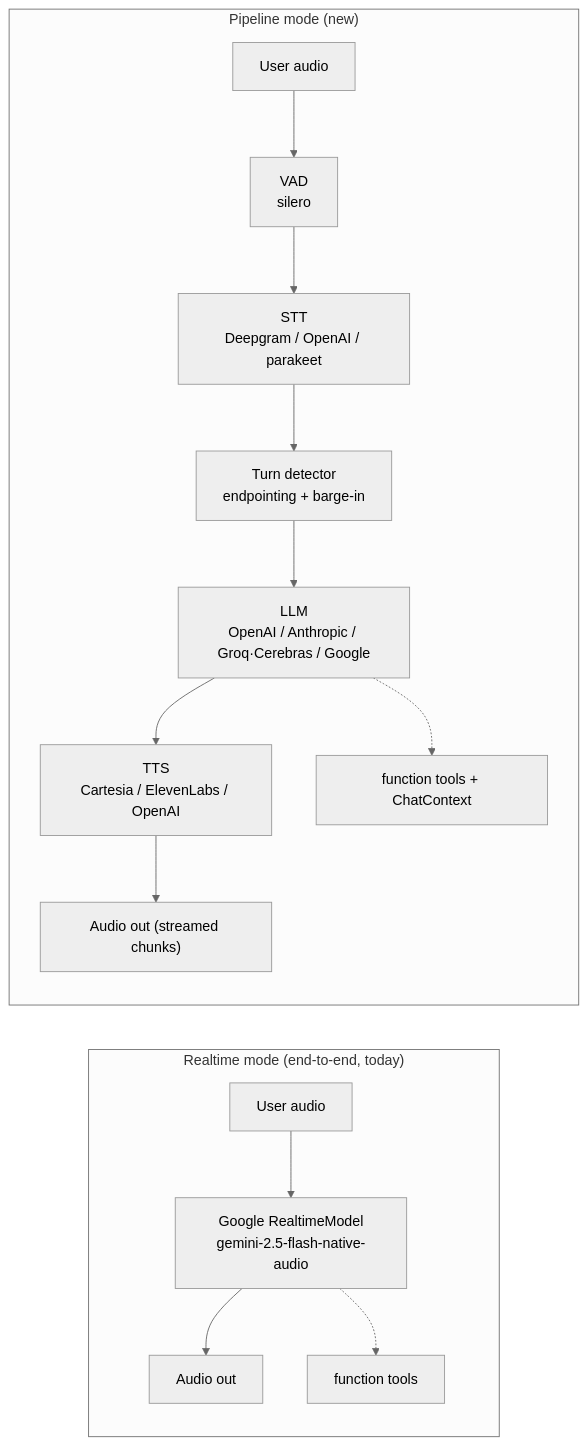
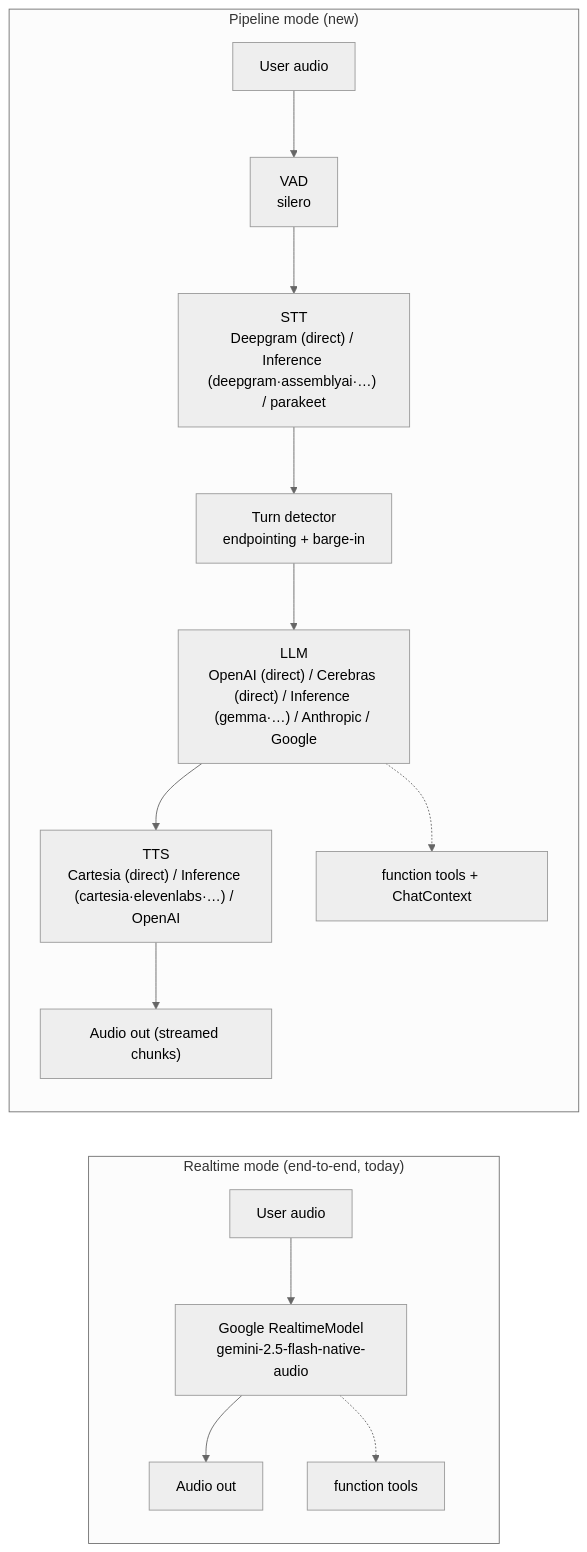
One commit to gauravdhiman/a1-voice-agent-platform changed the third of 9 diagrams in docs/01_architecture/voice_engine_pipeline_design.md. Above: the diagram before and after it, drawn with Mermaid (neutral theme). The commit also changed other lines of this file and 30 other files, not shown here.

````diff
--- a/docs/01_architecture/voice_engine_pipeline_design.md
+++ b/docs/01_architecture/voice_engine_pipeline_design.md
@@ -86,19 +105,19 @@
 ```mermaid
 flowchart LR
     subgraph RT["Realtime mode (end-to-end, today)"]
         direction TB
         RUser["User audio"] --> RModel["Google RealtimeModel<br/>gemini-2.5-flash-native-audio"]
         RModel --> ROut["Audio out"]
         RModel -.-> RTools["function tools"]
     end
     subgraph PL["Pipeline mode (new)"]
         direction TB
         PUser["User audio"] --> VAD["VAD<br/>silero"]
-        VAD --> STT["STT<br/>Deepgram / OpenAI / parakeet"]
+        VAD --> STT["STT<br/>Deepgram (direct) / Inference (deepgram·assemblyai·…) / parakeet"]
         STT --> TD["Turn detector<br/>endpointing + barge-in"]
-        TD --> LLM["LLM<br/>OpenAI / Anthropic / Groq·Cerebras / Google"]
-        LLM --> TTS["TTS<br/>Cartesia / ElevenLabs / OpenAI"]
+        TD --> LLM["LLM<br/>OpenAI (direct) / Cerebras (direct) / Inference (gemma·…) / Anthropic / Google"]
+        LLM --> TTS["TTS<br/>Cartesia (direct) / Inference (cartesia·elevenlabs·…) / OpenAI"]
         TTS --> POut["Audio out (streamed chunks)"]
         LLM -.-> PTools["function tools + ChatContext"]
     end
 ```
````
